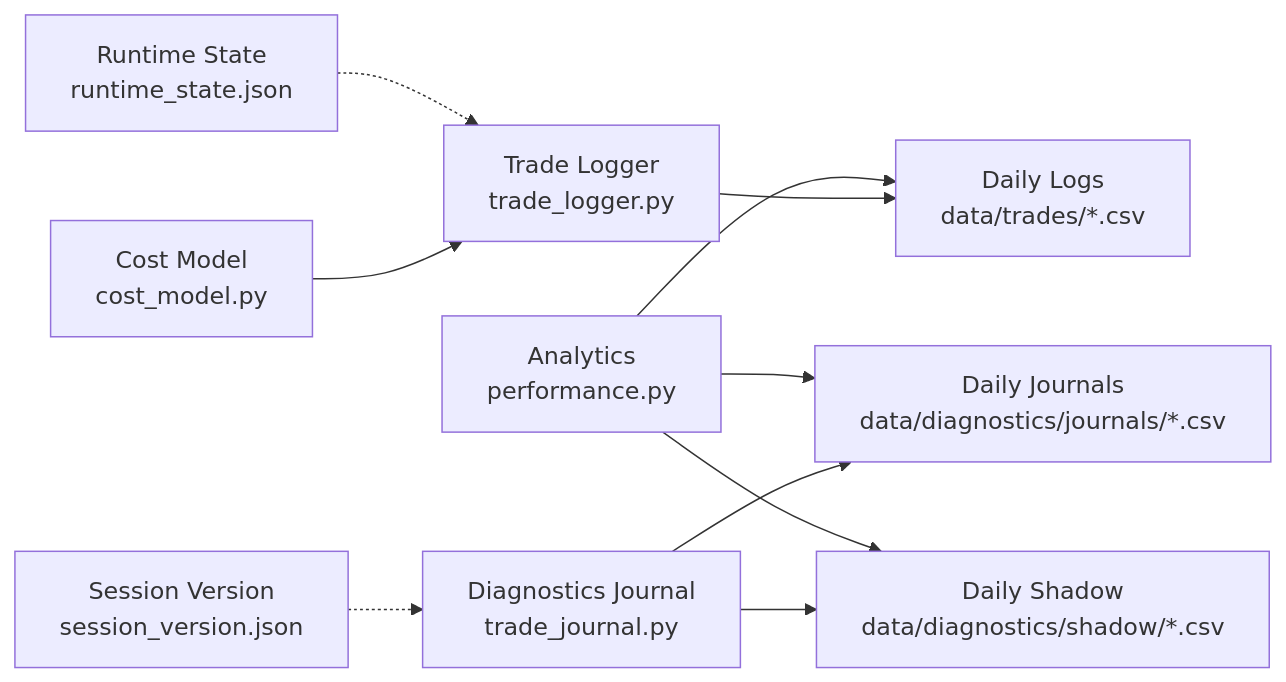
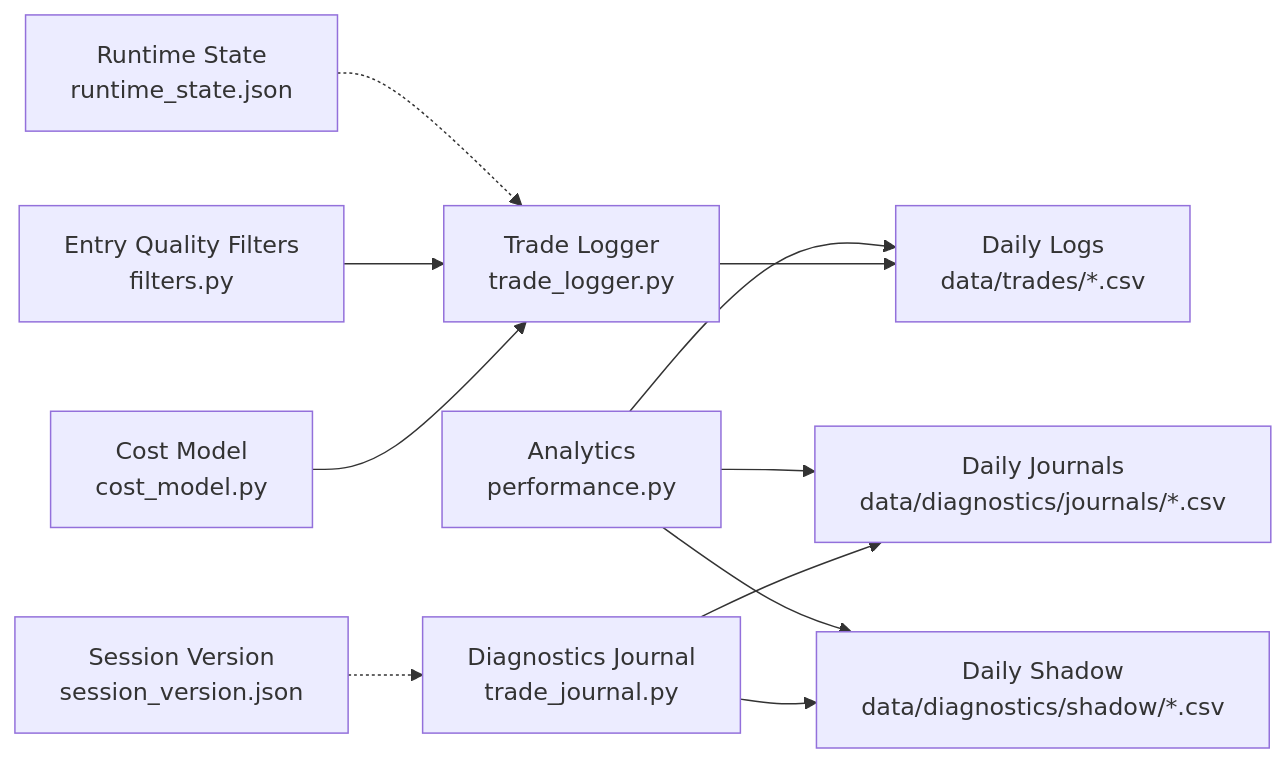
The sixth of 6 diagrams in .qoder/repowiki/en/content/Monitoring and Analytics/Trade Journaling.md (tauqeersiddiqui-art/tradingsystem), drawn with Mermaid before and after one commit. The commit also changed other lines of this file and 71 other files, not shown here.

Commit message:
Add rejection-first entry quality filters, entry-quality ML target with fail-hard pipeline, post-trade loss classification, and reproducible Phase-8 backtest

````diff
--- a/.qoder/repowiki/en/content/Monitoring and Analytics/Trade Journaling.md
+++ b/.qoder/repowiki/en/content/Monitoring and Analytics/Trade Journaling.md
@@ -223,12 +260,13 @@
 ```mermaid
 graph LR
 CM["Cost Model<br/>cost_model.py"] --> TL["Trade Logger<br/>trade_logger.py"]
+EQF["Entry Quality Filters<br/>filters.py"] --> TL
 TL --> DL["Daily Logs<br/>data/trades/*.csv"]
 TJ["Diagnostics Journal<br/>trade_journal.py"] --> DJ["Daily Journals<br/>data/diagnostics/journals/*.csv"]
 TJ --> SJ["Daily Shadow<br/>data/diagnostics/shadow/*.csv"]
 SV["Session Version<br/>session_version.json"] -.-> TJ
 RS["Runtime State<br/>runtime_state.json"] -.-> TL
 AN["Analytics<br/>performance.py"] --> DL
 AN --> DJ
 AN --> SJ
 ```
````
